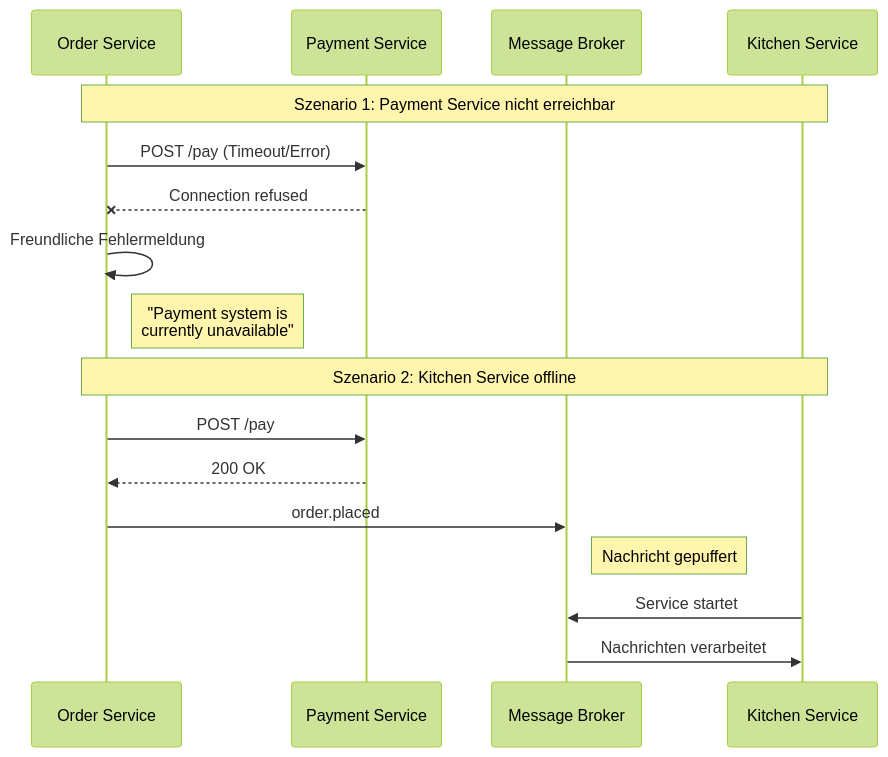
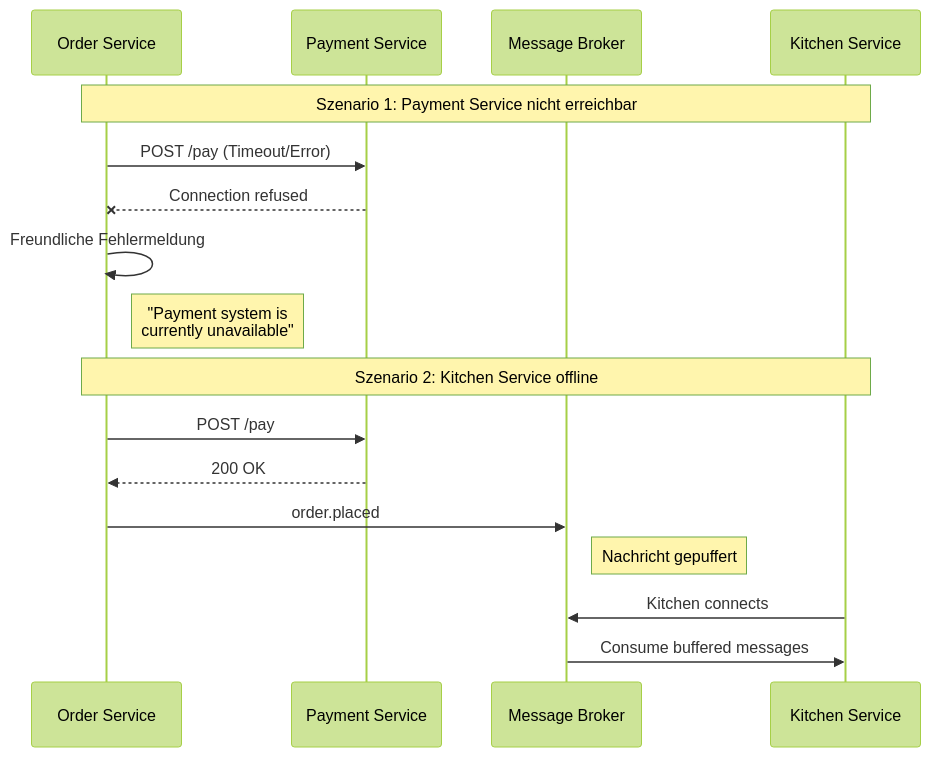
The third of 3 diagrams in ARCHITECTURE.md (MouadBourbian/m321-projekt), drawn with Mermaid (forest theme) before and after one commit. The commit also changed 1 other file, not shown here.

Commit message:
Address code review comments: improve readability and clarity

````diff
--- a/ARCHITECTURE.md
+++ b/ARCHITECTURE.md
@@ -146,21 +146,21 @@
 ```mermaid
 sequenceDiagram
     participant Order as Order Service
     participant Payment as Payment Service
     participant RabbitMQ as Message Broker
     participant Kitchen as Kitchen Service
     
     Note over Order,Kitchen: Szenario 1: Payment Service nicht erreichbar
     Order->>Payment: POST /pay (Timeout/Error)
     Payment--xOrder: Connection refused
     Order->>Order: Freundliche Fehlermeldung
     Note right of Order: "Payment system is<br/>currently unavailable"
     
     Note over Order,Kitchen: Szenario 2: Kitchen Service offline
     Order->>Payment: POST /pay
     Payment-->>Order: 200 OK
     Order->>RabbitMQ: order.placed
     Note right of RabbitMQ: Nachricht gepuffert
-    Kitchen->>RabbitMQ: Service startet
-    RabbitMQ->>Kitchen: Nachrichten verarbeitet
+    Kitchen->>RabbitMQ: Kitchen connects
+    RabbitMQ->>Kitchen: Consume buffered messages
 ```
````
